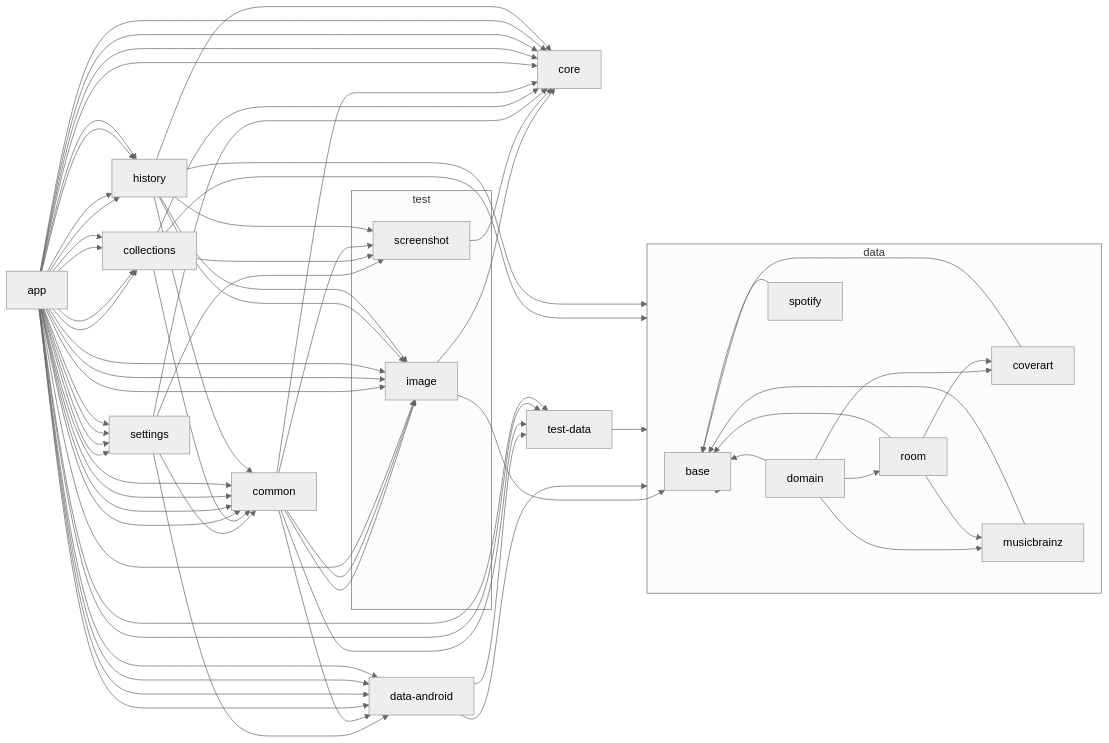
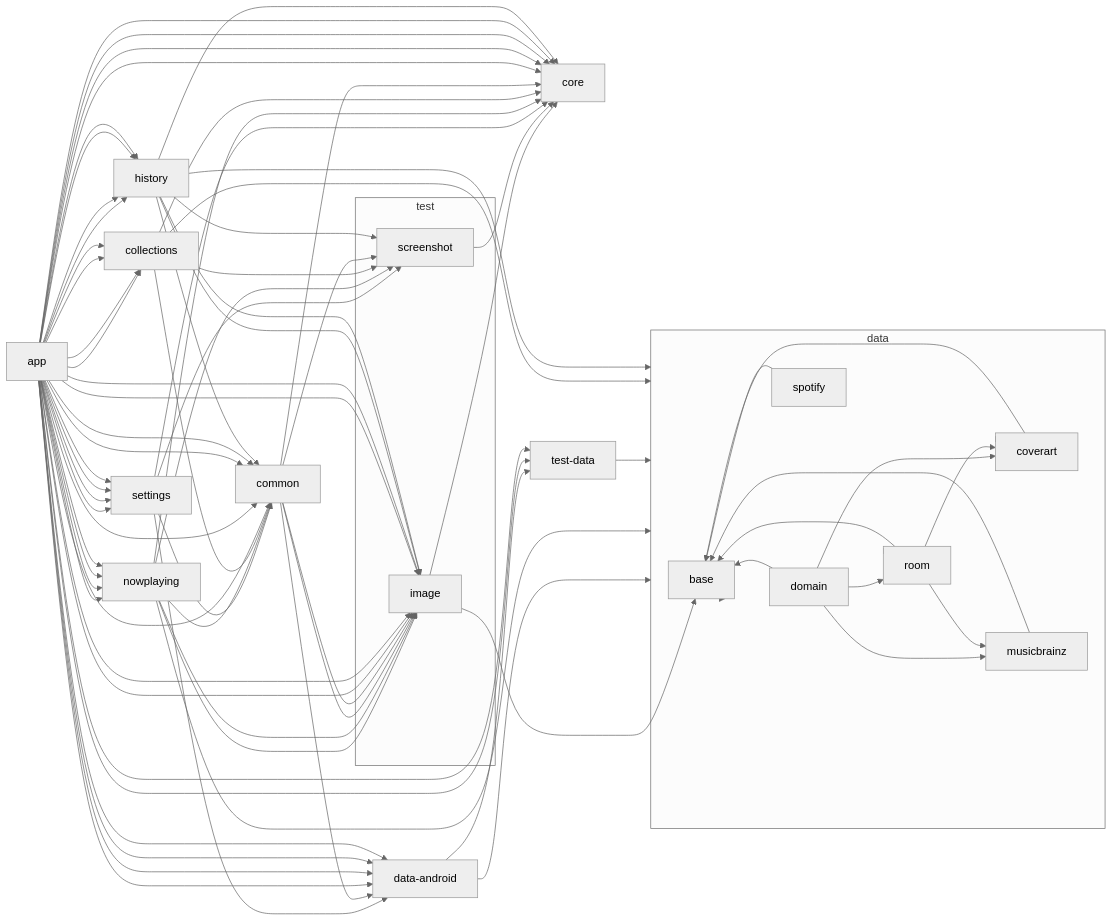
The diagram in README.md (lydavid/MusicSearch), drawn with Mermaid before and after one commit.

Commit message:
chore: update module graph [skip ci]

```diff
--- a/README.md
+++ b/README.md
@@ -84,6 +84,12 @@
   settings --> screenshot
   data-android --> data
   data-android --> test-data
+  nowplaying --> data
+  nowplaying --> common
+  nowplaying --> core
+  nowplaying --> image
+  nowplaying --> image
+  nowplaying --> screenshot
   test-data --> data
   musicbrainz --> base
   spotify --> base
@@ -94,7 +100,6 @@
   common --> data-android
   common --> core
   common --> image
-  common --> test-data
   common --> image
   common --> screenshot
   app --> test-data
@@ -104,6 +109,7 @@
   app --> collections
   app --> history
   app --> image
+  app --> nowplaying
   app --> settings
   app --> data-android
   app --> common
@@ -111,6 +117,7 @@
   app --> collections
   app --> history
   app --> image
+  app --> nowplaying
   app --> settings
   app --> data-android
   app --> common
@@ -118,6 +125,7 @@
   app --> collections
   app --> history
   app --> image
+  app --> nowplaying
   app --> settings
   app --> data-android
   app --> common
@@ -125,6 +133,7 @@
   app --> collections
   app --> history
   app --> image
+  app --> nowplaying
   app --> settings
   app --> test-data
   coverart --> base
```
